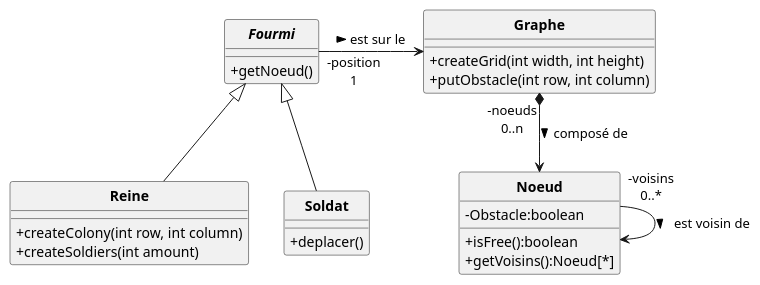
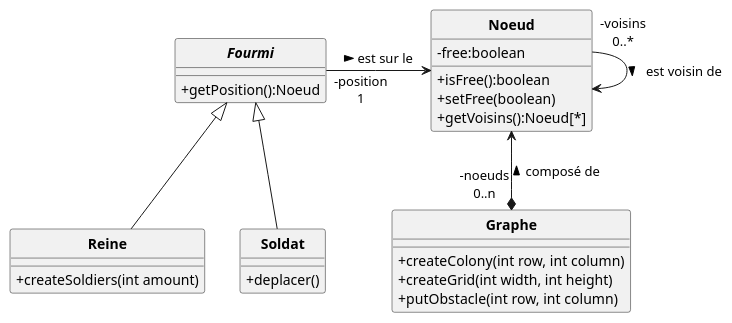
One commit to ErenMustafaGit/ColonieFourmis changed the diagram in Code/uml/Fourmis_DC.puml. Above: the diagram before and after it, drawn with PlantUML.

Commit message:
Modification des relations sur le Diagramme de class

```diff
--- a/Code/uml/Fourmis_DC.puml
+++ b/Code/uml/Fourmis_DC.puml
@@ -1,35 +1,37 @@
 @startuml
 'https://plantuml.com/sequence-diagram
 skinparam style strictuml
 skinparam classAttributeIconSize 0
 skinparam circledCharacterRadius 0
 skinparam circledCharacterFontSize 0
 skinparam classFontStyle Bold
 'autonumber
 
 class Graphe {
+    +createColony(int row, int column)
     +createGrid(int width, int height)
     +putObstacle(int row, int column)
 }
 class Noeud{
-    -Obstacle:boolean
+    -free:boolean
     +isFree():boolean
+    +setFree(boolean)
     +getVoisins():Noeud[*]
 }
 
 abstract Fourmi {
-    +getNoeud()
+    +getPosition():Noeud
 }
 class Reine extends Fourmi{
-    +createColony(int row, int column)
+
     +createSoldiers(int amount)
 }
 class Soldat extends Fourmi{
     +deplacer()
 }
 
-Graphe "-noeuds\n0..n" *--> Noeud : composé de >
-Fourmi "-position\n1" -> Graphe : est sur le >
+Graphe "-noeuds\n0..n" *-u-> Noeud : composé de >
+Fourmi "-position\n1" -> Noeud : est sur le >
 Noeud "-voisins\n0..*" -> Noeud : est voisin de >
 
 @enduml
```
